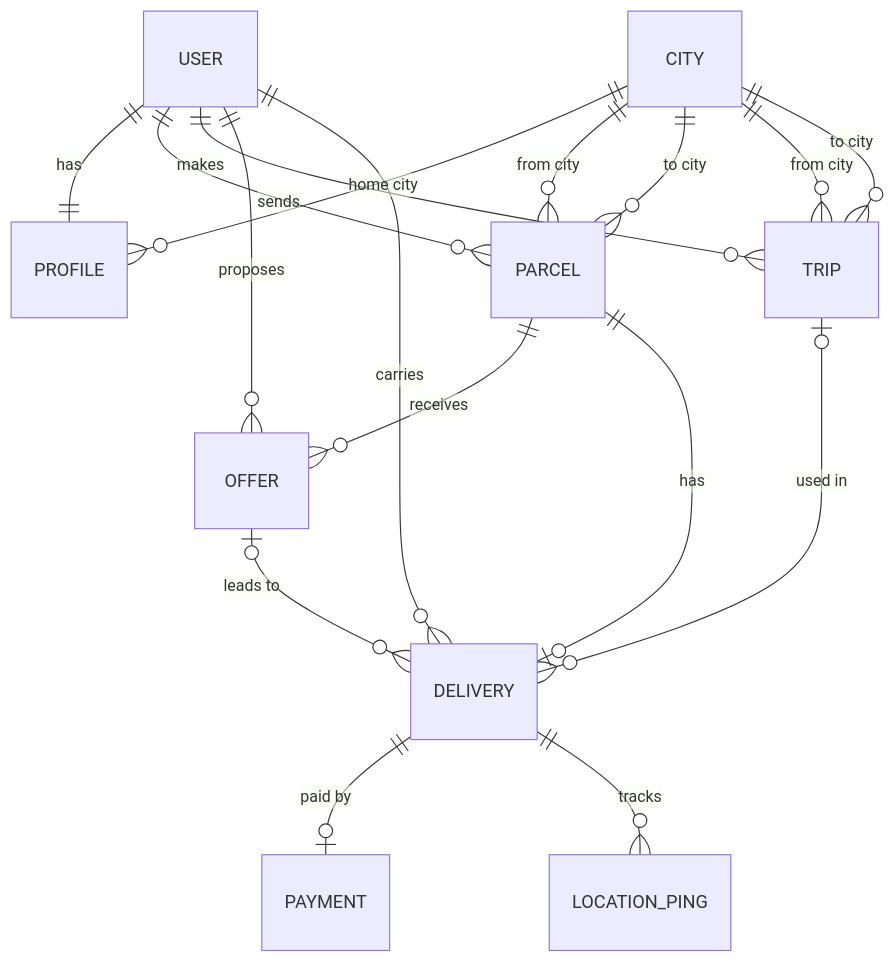
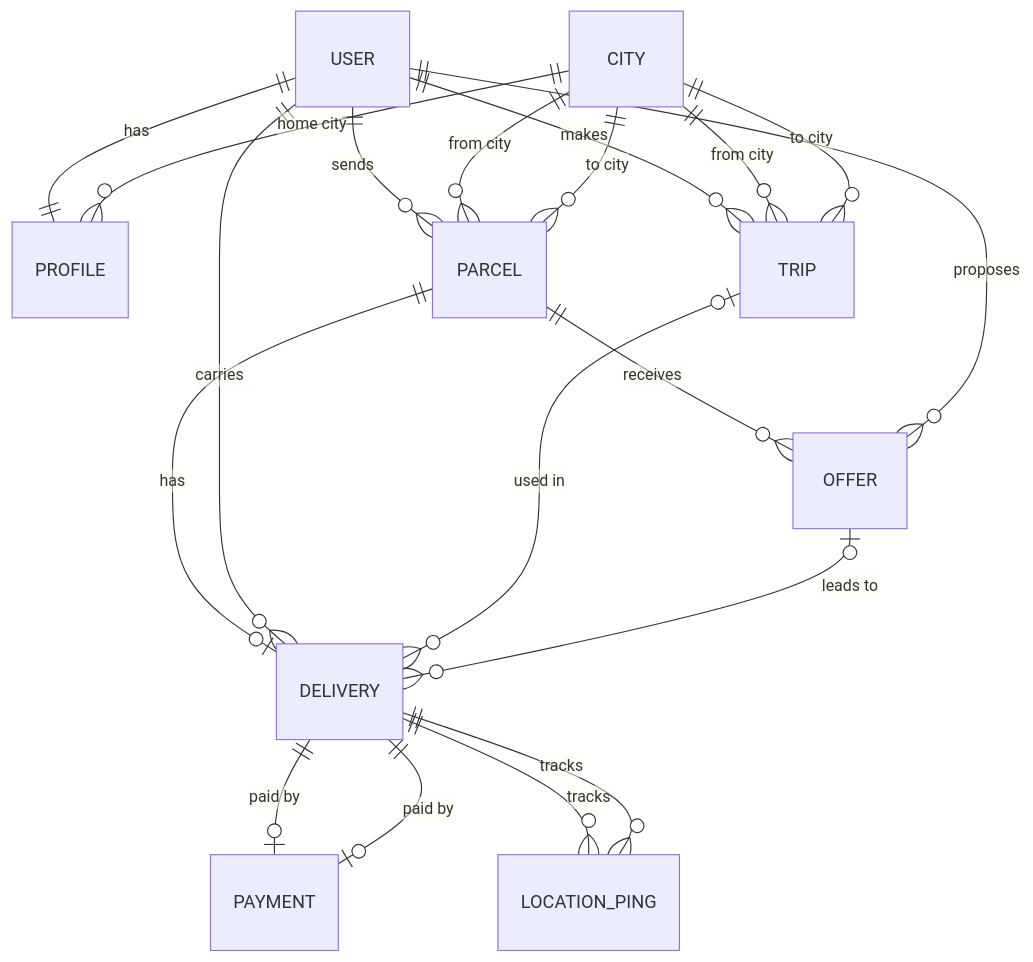
One commit to keldihatnursultan53-lab/django-taskmanager changed the diagram in README.md. Above: the diagram before and after it, drawn with Mermaid. The commit also changed other lines of this file and 6 other files, not shown here.

````diff
--- a/README.md
+++ b/README.md
@@ -84,19 +84,21 @@
 ```mermaid
 erDiagram
     USER ||--|| PROFILE : "has"
     CITY ||--o{ PROFILE : "home city"
     USER ||--o{ PARCEL : "sends"
     CITY ||--o{ PARCEL : "from city"
     CITY ||--o{ PARCEL : "to city"
     USER ||--o{ TRIP : "makes"
     CITY ||--o{ TRIP : "from city"
     CITY ||--o{ TRIP : "to city"
     PARCEL ||--o{ OFFER : "receives"
     USER ||--o{ OFFER : "proposes"
     PARCEL ||--o| DELIVERY : "has"
     USER ||--o{ DELIVERY : "carries"
     TRIP |o--o{ DELIVERY : "used in"
     OFFER |o--o{ DELIVERY : "leads to"
     DELIVERY ||--o| PAYMENT : "paid by"
     DELIVERY ||--o{ LOCATION_PING : "tracks"
+    DELIVERY ||--o| PAYMENT : "paid by"
+    DELIVERY ||--o{ LOCATION_PING : "tracks"
 ```
````
